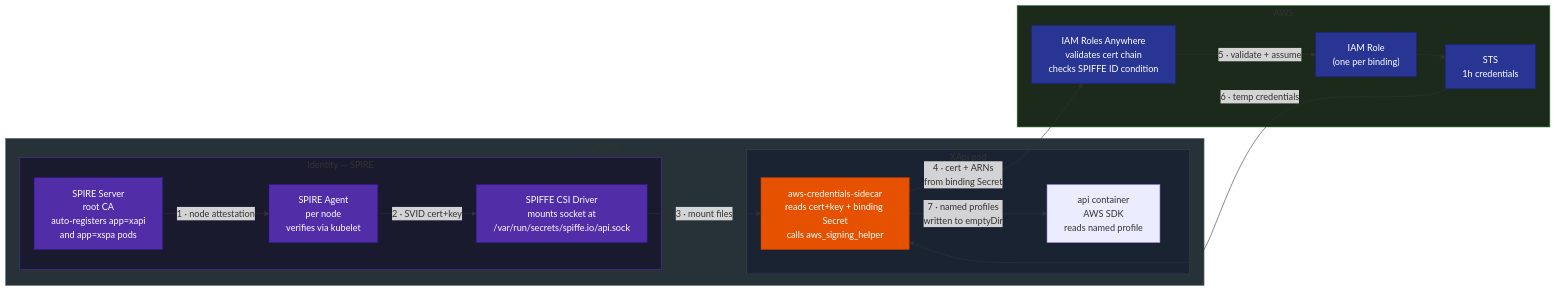
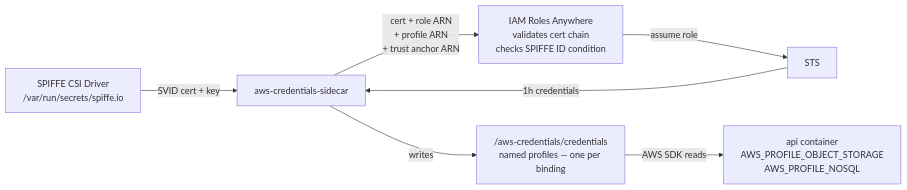
Before and after one commit to cujarrett/homelab: the third of 3 diagrams in docs/workload-identity.md, drawn with Mermaid. The commit also changed other lines of this file and 1 other file, not shown here.

````diff
--- a/docs/workload-identity.md
+++ b/docs/workload-identity.md
@@ -43,44 +145,17 @@
 ```mermaid
-%%{init: {'flowchart': {'nodeSpacing': 50, 'rankSpacing': 50}}}%%
+%%{init: {'flowchart': {'nodeSpacing': 50, 'rankSpacing': 60}}}%%
 flowchart LR
-    subgraph cluster["Cluster"]
-        subgraph identity["Identity — SPIRE"]
-            spire["SPIRE Server\nroot CA\nauto-registers app=xapi\nand app=xspa pods"]
-            agent["SPIRE Agent\nper node\nverifies via kubelet"]
-            csi["SPIFFE CSI Driver\nmounts socket at\n/var/run/secrets/spiffe.io/api.sock"]
-        end
+    csi["SPIFFE CSI Driver\n/var/run/secrets/spiffe.io"]
+    sidecar["aws-credentials-sidecar"]
+    ra["IAM Roles Anywhere\nvalidates cert chain\nchecks SPIFFE ID condition"]
+    sts["STS"]
+    creds["/aws-credentials/credentials\nnamed profiles — one per binding"]
+    app["api container\nAWS_PROFILE_OBJECT_STORAGE\nAWS_PROFILE_NOSQL"]
 
-        subgraph pod["XApi pod"]
-            sidecar["aws-credentials-sidecar\nreads cert+key + binding Secret\ncalls aws_signing_helper"]
-            app["api container\nAWS SDK\nreads named profile"]
-        end
-    end
-
-    subgraph aws["AWS"]
-        ra["IAM Roles Anywhere\nvalidates cert chain\nchecks SPIFFE ID condition"]
-        sts["STS\n1h credentials"]
-        roles["IAM Role\n(one per binding)"]
-    end
-
-    spire  -->|"1 · node attestation"| agent
-    agent  -->|"2 · SVID cert+key"| csi
-    csi    -->|"3 · mount files"| sidecar
-    sidecar -->|"4 · cert + ARNs\nfrom binding Secret"| ra
-    ra      -->|"5 · validate + assume"| roles
-    roles   --> sts
-    sts     -->|"6 · temp credentials"| sidecar
-    sidecar -->|"7 · named profiles\nwritten to emptyDir"| app
-
-    classDef spireStyle fill:#512DA8,stroke:#311B92,color:#fff
-    classDef sideStyle  fill:#E65100,stroke:#BF360C,color:#fff
-    classDef awsStyle   fill:#283593,stroke:#1A237E,color:#fff
-
-    class spire,agent,csi spireStyle
-    class sidecar sideStyle
-    class ra,sts,roles awsStyle
-
-    style cluster  fill:#263238,stroke:#546E7A
-    style identity fill:#1A1A2E,stroke:#512DA8
-    style pod      fill:#1A2332,stroke:#37474F
-    style aws      fill:#1B2A1B,stroke:#2E7D32
+    csi -->|"SVID cert + key"| sidecar
+    sidecar -->|"cert + role ARN\n+ profile ARN\n+ trust anchor ARN"| ra
+    ra -->|"assume role"| sts
+    sts -->|"1h credentials"| sidecar
+    sidecar -->|"writes"| creds
+    creds -->|"AWS SDK reads"| app
 ```
````
